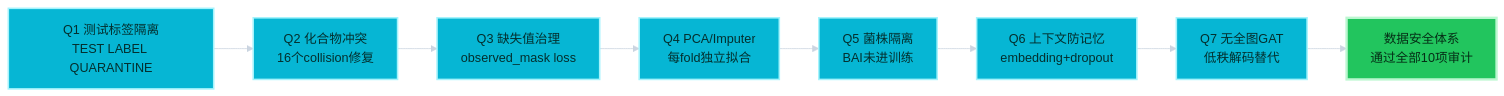
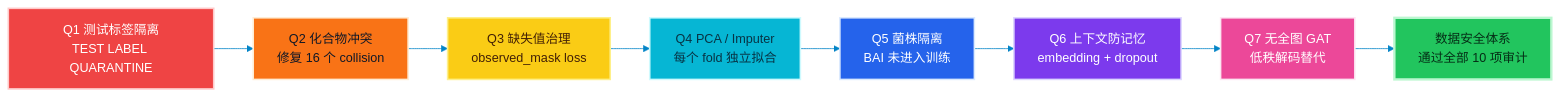
The third of 4 diagrams in README.md (ibh4/goai-virtual-yeast-model), drawn with Mermaid before and after one commit. The commit also changed other lines of this file, not shown here.

````diff
--- a/README.md
+++ b/README.md
@@ -127,14 +131,23 @@
 ```mermaid
-%%{init: {"theme": "base", "themeVariables": {"fontFamily": "Inter, Microsoft YaHei, sans-serif", "background": "#020617", "primaryTextColor": "#F8FAFC", "lineColor": "#CBD5E1"}}}%%
+%%{init: {"theme": "base", "themeVariables": {"fontFamily": "Inter, Microsoft YaHei, sans-serif", "background": "#FFFFFF", "primaryColor": "#2563EB", "primaryTextColor": "#0F172A", "primaryBorderColor": "#67E8F9", "secondaryColor": "#7C3AED", "tertiaryColor": "#E0F2FE", "lineColor": "#0284C7", "clusterBkg": "#EFF6FF", "clusterBorder": "#0EA5E9", "edgeLabelBackground": "#FFFFFF"}}}%%
 flowchart LR
-    Q1[Q1 测试标签隔离<br/>TEST LABEL QUARANTINE]:::fix --> Q2[Q2 化合物冲突<br/>16个collision修复]:::fix
-    Q2 --> Q3[Q3 缺失值治理<br/>observed_mask loss]:::fix
-    Q3 --> Q4[Q4 PCA/Imputer<br/>每fold独立拟合]:::fix
-    Q4 --> Q5[Q5 菌株隔离<br/>BAI未进训练]:::fix
-    Q5 --> Q6[Q6 上下文防记忆<br/>embedding+dropout]:::fix
-    Q6 --> Q7[Q7 无全图GAT<br/>低秩解码替代]:::fix
-    Q7 --> SAFE[数据安全体系<br/>通过全部10项审计]:::safe
+    Q1["Q1 测试标签隔离<br/>TEST LABEL QUARANTINE"]:::q1
+    Q2["Q2 化合物冲突<br/>修复 16 个 collision"]:::q2
+    Q3["Q3 缺失值治理<br/>observed_mask loss"]:::q3
+    Q4["Q4 PCA / Imputer<br/>每个 fold 独立拟合"]:::q4
+    Q5["Q5 菌株隔离<br/>BAI 未进入训练"]:::q5
+    Q6["Q6 上下文防记忆<br/>embedding + dropout"]:::q6
+    Q7["Q7 无全图 GAT<br/>低秩解码替代"]:::q7
+    SAFE["数据安全体系<br/>通过全部 10 项审计"]:::safe
 
-    classDef fix fill:#06B6D4,stroke:#A5F3FC,color:#042F2E,stroke-width:2px;
+    Q1 --> Q2 --> Q3 --> Q4 --> Q5 --> Q6 --> Q7 --> SAFE
+
+    classDef q1 fill:#EF4444,stroke:#FECACA,color:#FFFFFF,stroke-width:2px;
+    classDef q2 fill:#F97316,stroke:#FFEDD5,color:#111827,stroke-width:2px;
+    classDef q3 fill:#FACC15,stroke:#FEF08A,color:#422006,stroke-width:2px;
+    classDef q4 fill:#06B6D4,stroke:#CFFAFE,color:#083344,stroke-width:2px;
+    classDef q5 fill:#2563EB,stroke:#DBEAFE,color:#FFFFFF,stroke-width:2px;
+    classDef q6 fill:#7C3AED,stroke:#DDD6FE,color:#FFFFFF,stroke-width:2px;
+    classDef q7 fill:#EC4899,stroke:#FCE7F3,color:#FFFFFF,stroke-width:2px;
     classDef safe fill:#22C55E,stroke:#BBF7D0,color:#052E16,stroke-width:3px;
 ```
````
